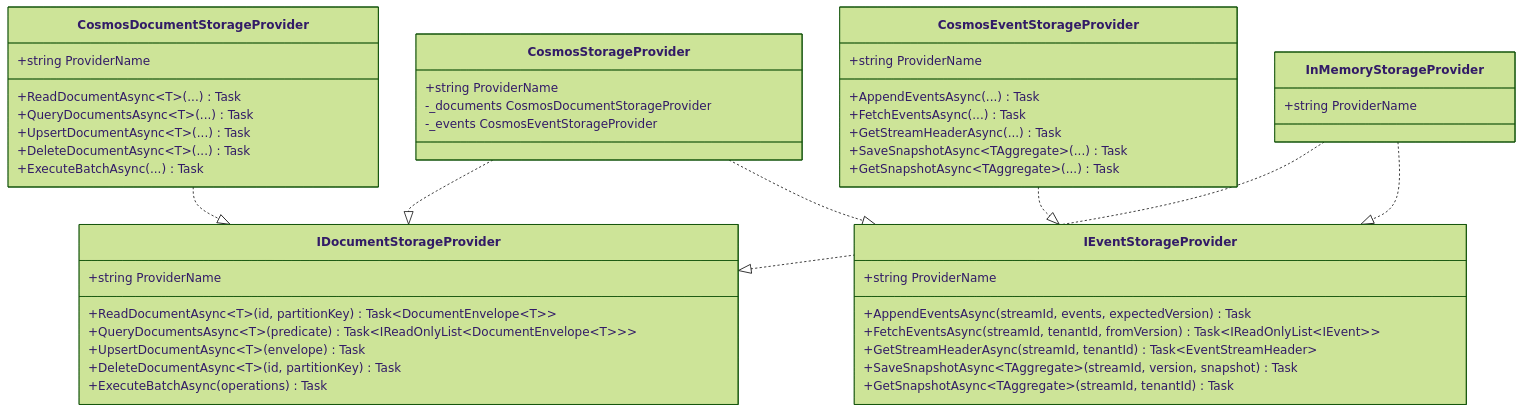
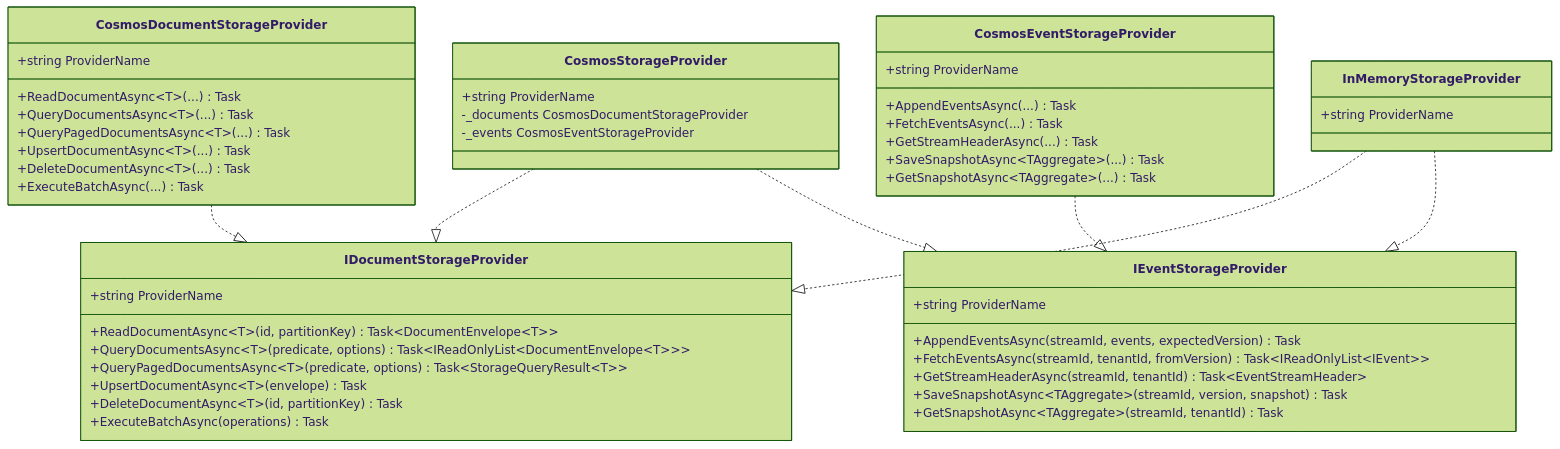
One commit to chadahoochie/Aquila changed the first of 7 diagrams in ARCHITECTURE.md. Above: the diagram before and after it, drawn with Mermaid (forest theme). The commit also changed other lines of this file and 17 other files, not shown here.

````diff
--- a/ARCHITECTURE.md
+++ b/ARCHITECTURE.md
@@ -53,50 +53,52 @@
 ```mermaid
 classDiagram
     class IDocumentStorageProvider {
         +string ProviderName
         +ReadDocumentAsync~T~(id, partitionKey) Task~DocumentEnvelope~T~~
-        +QueryDocumentsAsync~T~(predicate) Task~IReadOnlyList~DocumentEnvelope~T~~~
+        +QueryDocumentsAsync~T~(predicate, options) Task~IReadOnlyList~DocumentEnvelope~T~~~
+        +QueryPagedDocumentsAsync~T~(predicate, options) Task~StorageQueryResult~T~~
         +UpsertDocumentAsync~T~(envelope) Task
         +DeleteDocumentAsync~T~(id, partitionKey) Task
         +ExecuteBatchAsync(operations) Task
     }
     class IEventStorageProvider {
         +string ProviderName
         +AppendEventsAsync(streamId, events, expectedVersion) Task
         +FetchEventsAsync(streamId, tenantId, fromVersion) Task~IReadOnlyList~IEvent~~
         +GetStreamHeaderAsync(streamId, tenantId) Task~EventStreamHeader~
         +SaveSnapshotAsync~TAggregate~(streamId, version, snapshot) Task
         +GetSnapshotAsync~TAggregate~(streamId, tenantId) Task
     }
     class CosmosDocumentStorageProvider {
         +string ProviderName
         +ReadDocumentAsync~T~(...) Task
         +QueryDocumentsAsync~T~(...) Task
+        +QueryPagedDocumentsAsync~T~(...) Task
         +UpsertDocumentAsync~T~(...) Task
         +DeleteDocumentAsync~T~(...) Task
         +ExecuteBatchAsync(...) Task
     }
     class CosmosEventStorageProvider {
         +string ProviderName
         +AppendEventsAsync(...) Task
         +FetchEventsAsync(...) Task
         +GetStreamHeaderAsync(...) Task
         +SaveSnapshotAsync~TAggregate~(...) Task
         +GetSnapshotAsync~TAggregate~(...) Task
     }
     class CosmosStorageProvider {
         +string ProviderName
         -_documents CosmosDocumentStorageProvider
         -_events CosmosEventStorageProvider
     }
     class InMemoryStorageProvider {
         +string ProviderName
     }
 
     CosmosDocumentStorageProvider ..|> IDocumentStorageProvider
     CosmosEventStorageProvider ..|> IEventStorageProvider
     CosmosStorageProvider ..|> IDocumentStorageProvider
     CosmosStorageProvider ..|> IEventStorageProvider
     InMemoryStorageProvider ..|> IDocumentStorageProvider
     InMemoryStorageProvider ..|> IEventStorageProvider
 ```
````
